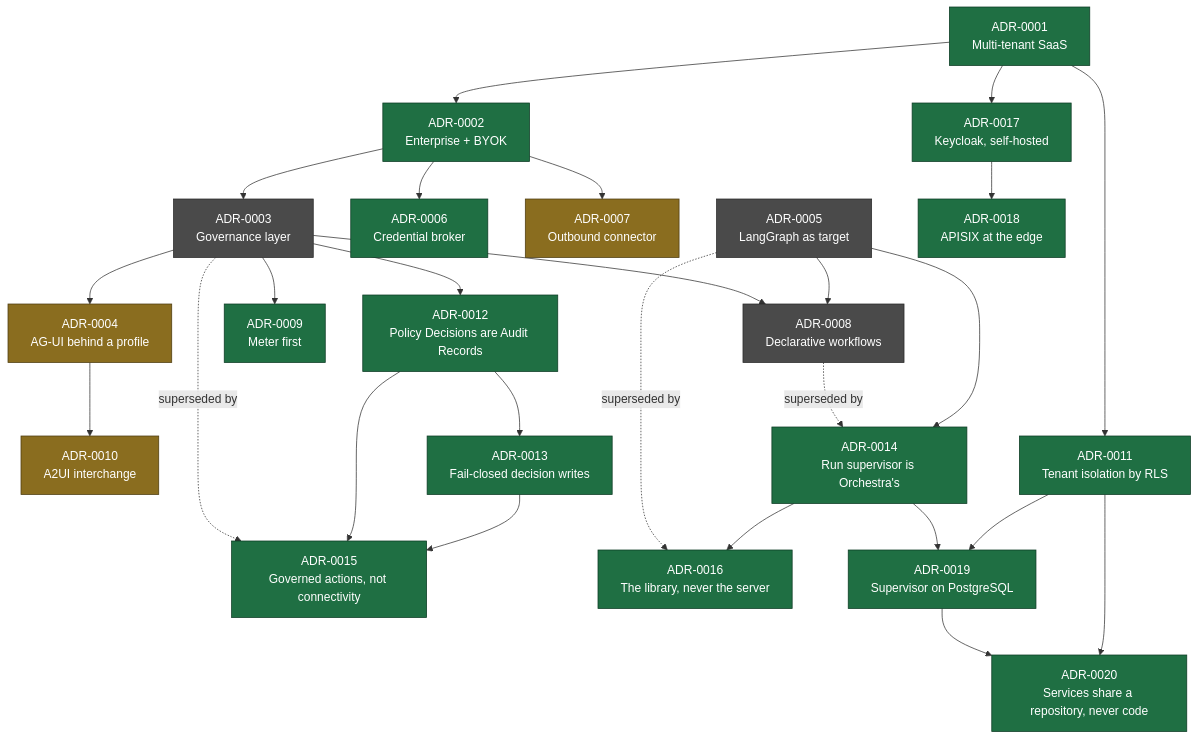
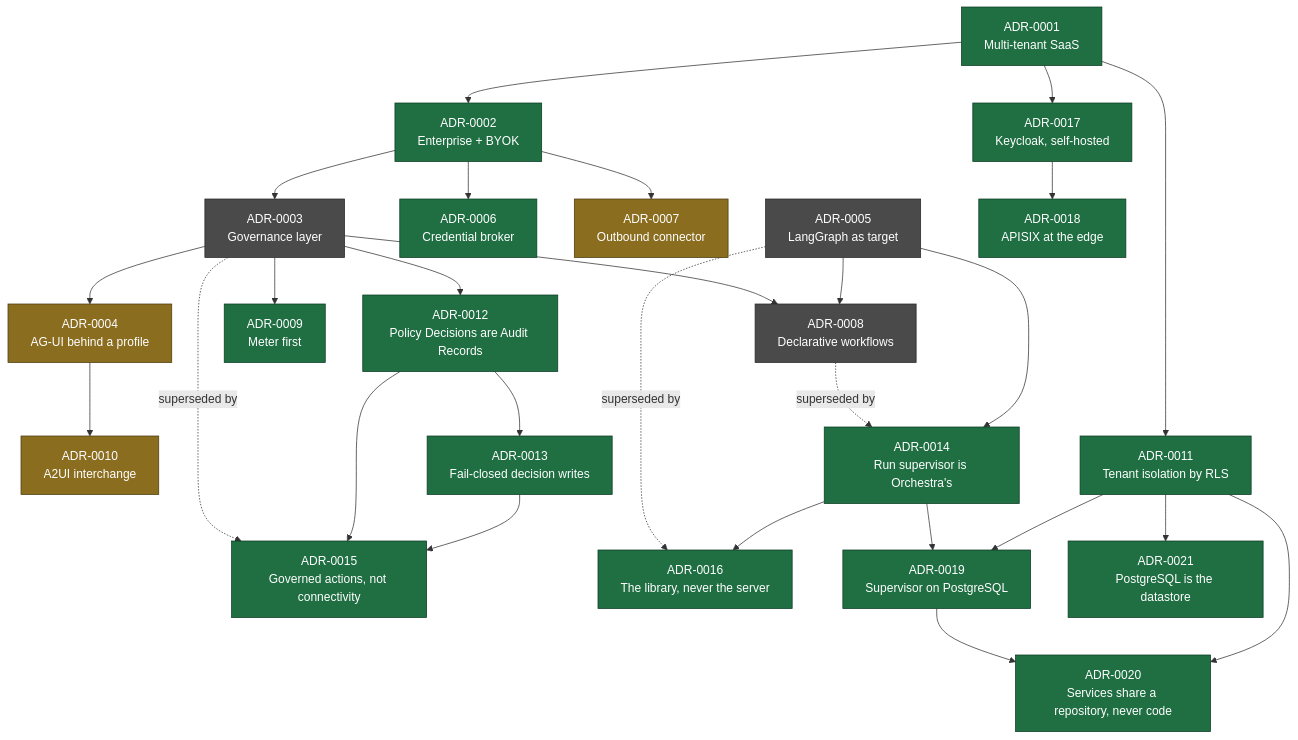
One commit to ayesigapaul/orchestra changed the diagram in docs/adr/README.md. Above: the diagram before and after it, drawn with Mermaid. The commit also changed other lines of this file and 21 other files, not shown here.

First line of the commit message:
adr(adr): Record PostgreSQL as the datastore, against the capabilities isolation requires (#30)

````diff
--- a/docs/adr/README.md
+++ b/docs/adr/README.md
@@ -53,35 +54,36 @@
 ```mermaid
 flowchart TD
   A1["ADR-0001<br/>Multi-tenant SaaS"] --> A2["ADR-0002<br/>Enterprise + BYOK"]
   A2 --> A3["ADR-0003<br/>Governance layer"]
   A2 --> A6["ADR-0006<br/>Credential broker"]
   A2 --> A7["ADR-0007<br/>Outbound connector"]
   A3 --> A4["ADR-0004<br/>AG-UI behind a profile"]
   A3 --> A8["ADR-0008<br/>Declarative workflows"]
   A3 --> A9["ADR-0009<br/>Meter first"]
   A5["ADR-0005<br/>LangGraph as target"] --> A8
   A4 --> A10["ADR-0010<br/>A2UI interchange"]
   A1 --> A11["ADR-0011<br/>Tenant isolation by RLS"]
   A3 --> A12["ADR-0012<br/>Policy Decisions are Audit Records"]
   A12 --> A13["ADR-0013<br/>Fail-closed decision writes"]
   A8 -.->|superseded by| A14["ADR-0014<br/>Run supervisor is Orchestra's"]
   A5 --> A14
   A3 -.->|superseded by| A15["ADR-0015<br/>Governed actions, not connectivity"]
   A12 --> A15
   A13 --> A15
   A5 -.->|superseded by| A16["ADR-0016<br/>The library, never the server"]
   A14 --> A16
   A1 --> A17["ADR-0017<br/>Keycloak, self-hosted"]
   A17 --> A18["ADR-0018<br/>APISIX at the edge"]
   A14 --> A19["ADR-0019<br/>Supervisor on PostgreSQL"]
   A11 --> A19
   A19 --> A20["ADR-0020<br/>Services share a repository, never code"]
   A11 --> A20
+  A11 --> A21["ADR-0021<br/>PostgreSQL is the datastore"]
 
   classDef accepted fill:#1f6f43,stroke:#0d3b24,color:#fff;
   classDef proposed fill:#8a6d1f,stroke:#4d3c10,color:#fff;
   classDef superseded fill:#4a4a4a,stroke:#2a2a2a,color:#fff;
-  class A1,A2,A6,A9,A11,A12,A13,A14,A15,A16,A17,A18,A19,A20 accepted;
+  class A1,A2,A6,A9,A11,A12,A13,A14,A15,A16,A17,A18,A19,A20,A21 accepted;
   class A4,A7,A10 proposed;
   class A3,A5,A8 superseded;
 ```
````
